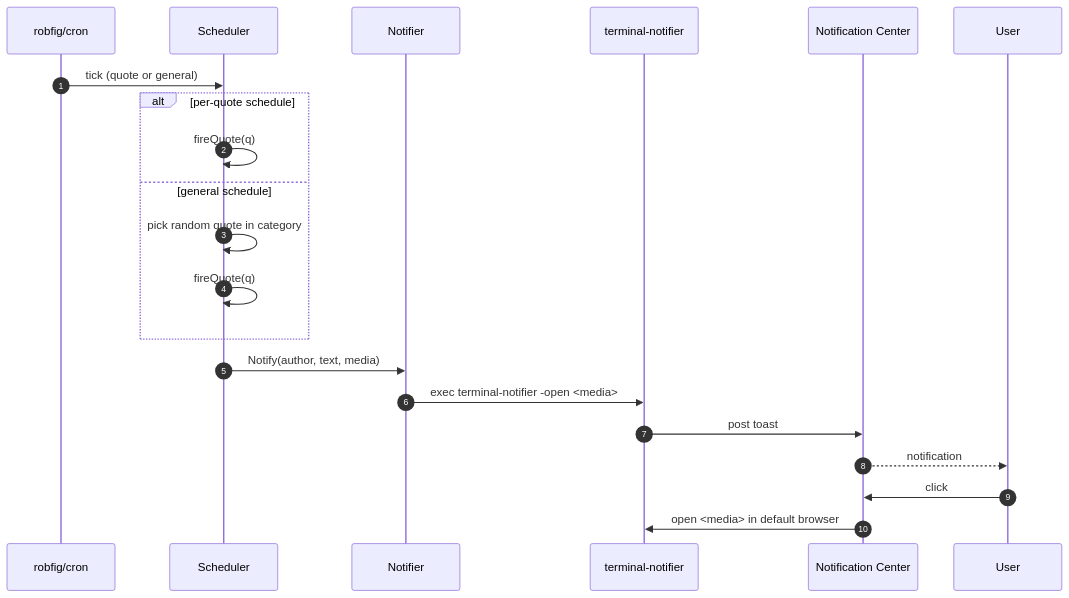
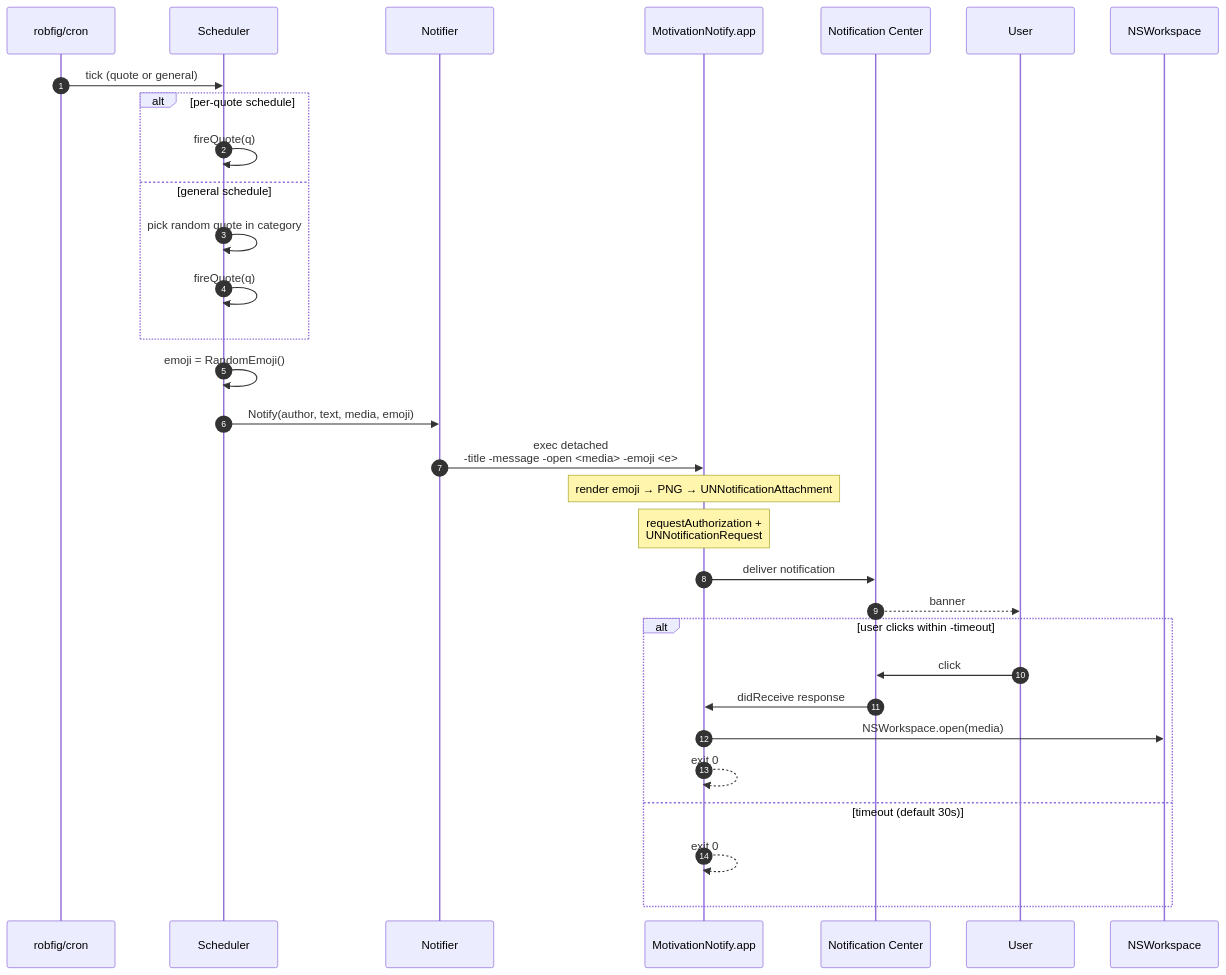
One commit to nator-dh/motivation changed the second of 4 diagrams in .claude/ARC.md. Above: the diagram before and after it, drawn with Mermaid. The commit also changed other lines of this file and 12 other files, not shown here.

````diff
--- a/.claude/ARC.md
+++ b/.claude/ARC.md
@@ -43,24 +49,34 @@
 ```mermaid
 sequenceDiagram
     autonumber
     participant Cron as robfig/cron
     participant Sched as Scheduler
     participant Notif as Notifier
-    participant TN as terminal-notifier
+    participant Helper as MotivationNotify.app
     participant NC as Notification Center
     participant User
+    participant WS as NSWorkspace
 
     Cron->>Sched: tick (quote or general)
     alt per-quote schedule
         Sched->>Sched: fireQuote(q)
     else general schedule
         Sched->>Sched: pick random quote in category
         Sched->>Sched: fireQuote(q)
     end
-    Sched->>Notif: Notify(author, text, media)
-    Notif->>TN: exec terminal-notifier -open <media>
-    TN->>NC: post toast
-    NC-->>User: notification
-    User->>NC: click
-    NC->>TN: open <media> in default browser
+    Sched->>Sched: emoji = RandomEmoji()
+    Sched->>Notif: Notify(author, text, media, emoji)
+    Notif->>Helper: exec detached<br/>-title -message -open <media> -emoji <e>
+    Note over Helper: render emoji → PNG → UNNotificationAttachment
+    Note over Helper: requestAuthorization +<br/>UNNotificationRequest
+    Helper->>NC: deliver notification
+    NC-->>User: banner
+    alt user clicks within -timeout
+        User->>NC: click
+        NC->>Helper: didReceive response
+        Helper->>WS: NSWorkspace.open(media)
+        Helper-->>Helper: exit 0
+    else timeout (default 30s)
+        Helper-->>Helper: exit 0
+    end
 ```
````
